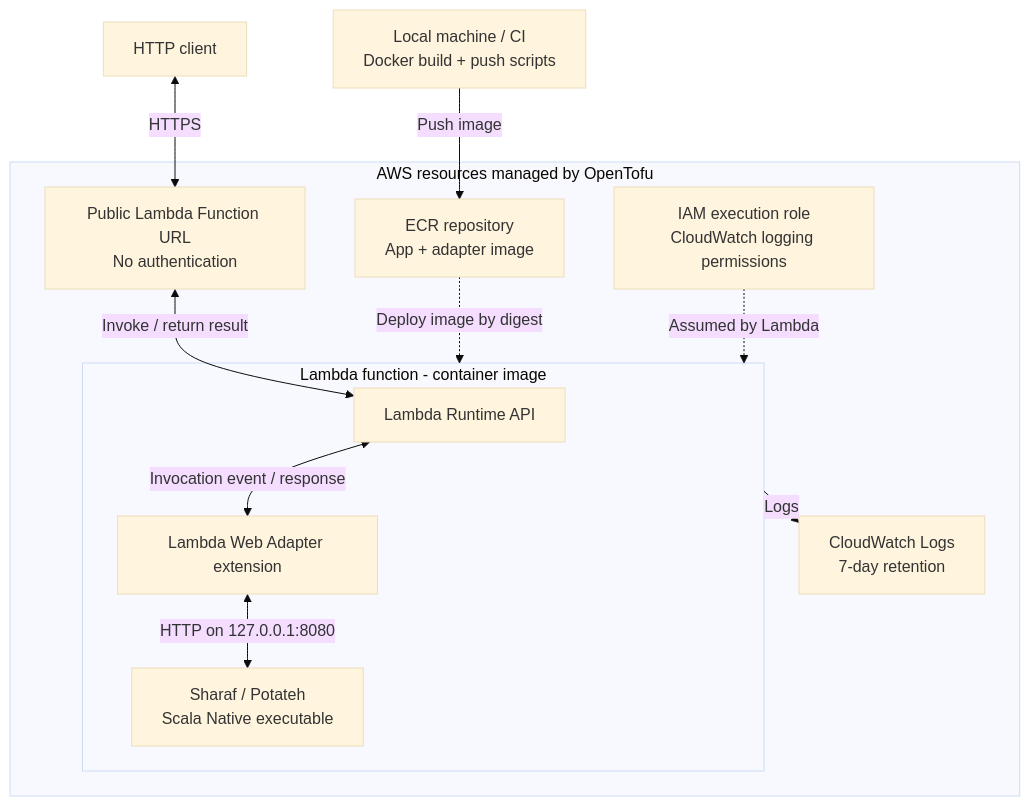
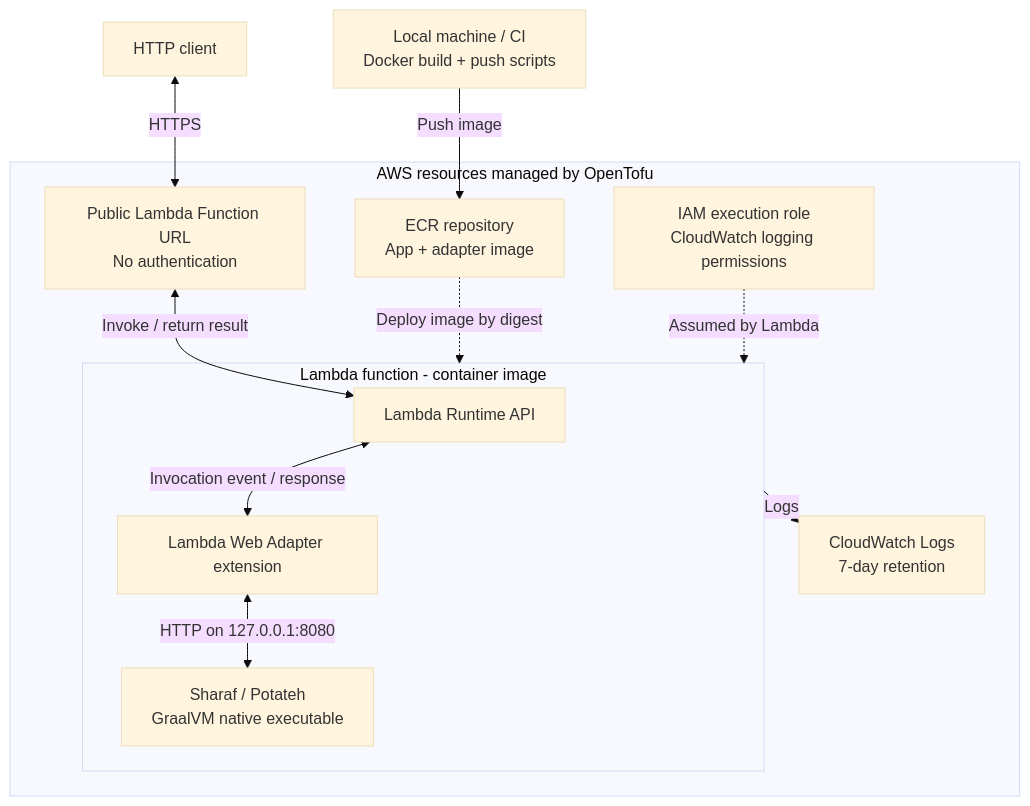
One commit to sake92/sharaf-aws-lambda-starter changed the diagram in README.md. Above: the diagram before and after it, drawn with Mermaid (base theme). The commit also changed other lines of this file and 5 other files, not shown here.

Commit message:
Use GraalVM native image with Sharaf 0.24.0

````diff
--- a/README.md
+++ b/README.md
@@ -14,28 +13,28 @@
 ```mermaid
 flowchart TB
     build["Local machine / CI<br/>Docker build + push scripts"]
     client[HTTP client]
 
     subgraph aws["AWS resources managed by OpenTofu"]
         ecr["ECR repository<br/>App + adapter image"]
         url["Public Lambda Function URL<br/>No authentication"]
         role["IAM execution role<br/>CloudWatch logging permissions"]
         logs["CloudWatch Logs<br/>7-day retention"]
 
         subgraph fn["Lambda function - container image"]
             runtime[Lambda Runtime API]
             adapter[Lambda Web Adapter extension]
-            app["Sharaf / Potateh<br/>Scala Native executable"]
+            app["Sharaf / Potateh<br/>GraalVM native executable"]
             runtime <-->|Invocation event / response| adapter
             adapter <-->|HTTP on 127.0.0.1:8080| app
         end
 
         url <-->|Invoke / return result| runtime
         ecr -.->|Deploy image by digest| fn
         role -.->|Assumed by Lambda| fn
         fn -->|Logs| logs
     end
 
     build -->|Push image| ecr
     client <-->|HTTPS| url
 ```
````
